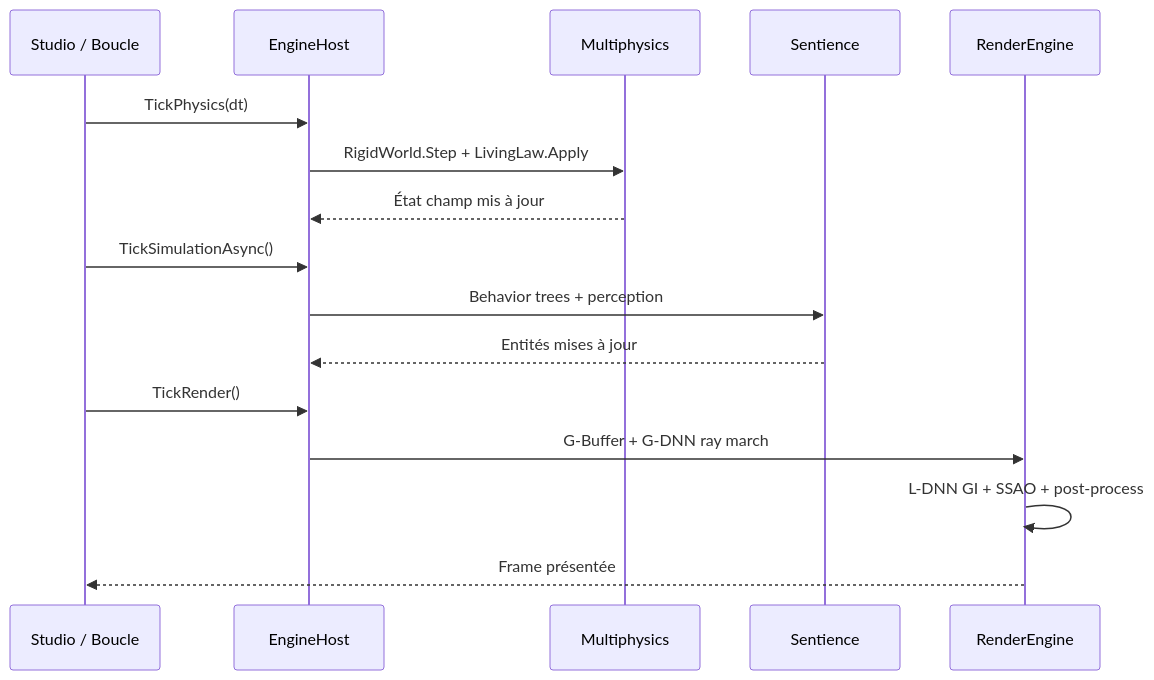
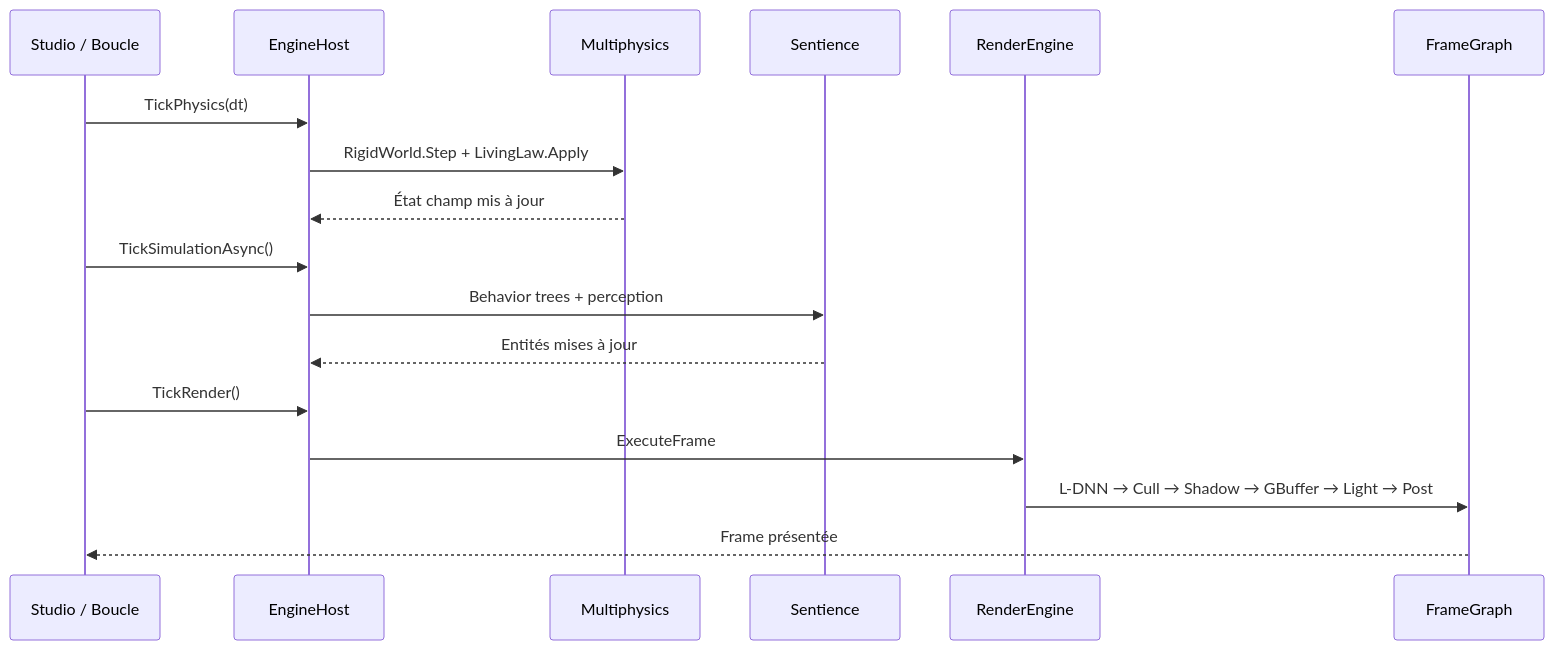
One commit to QuantumHacker10/Synapse changed the third of 7 diagrams in docs/ARCHITECTURE.md. Above: the diagram before and after it, drawn with Mermaid. The commit also changed other lines of this file and 34 other files, not shown here.

````diff
--- a/docs/ARCHITECTURE.md
+++ b/docs/ARCHITECTURE.md
@@ -59,21 +161,22 @@
 ```mermaid
 sequenceDiagram
     participant S as Studio / Boucle
     participant E as EngineHost
     participant P as Multiphysics
     participant Sim as Sentience
     participant R as RenderEngine
+    participant FG as FrameGraph
 
     S->>E: TickPhysics(dt)
     E->>P: RigidWorld.Step + LivingLaw.Apply
     P-->>E: État champ mis à jour
 
     S->>E: TickSimulationAsync()
     E->>Sim: Behavior trees + perception
     Sim-->>E: Entités mises à jour
 
     S->>E: TickRender()
-    E->>R: G-Buffer + G-DNN ray march
-    R->>R: L-DNN GI + SSAO + post-process
-    R-->>S: Frame présentée
+    E->>R: ExecuteFrame
+    R->>FG: L-DNN → Cull → Shadow → GBuffer → Light → Post
+    FG-->>S: Frame présentée
 ```
````
